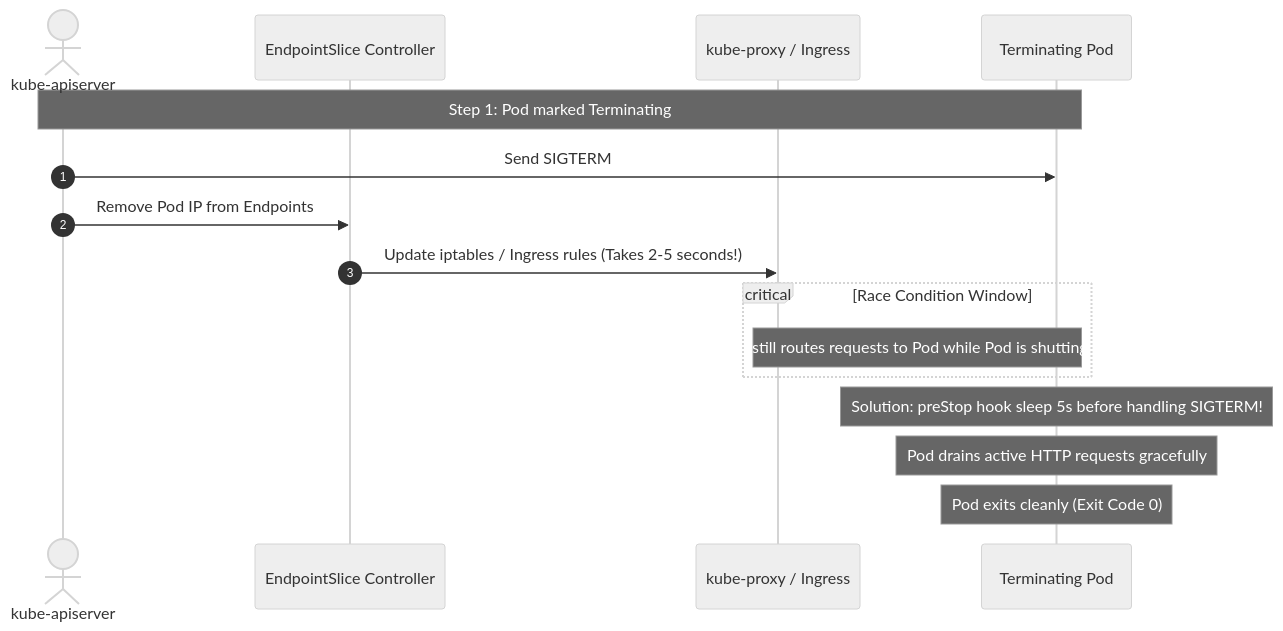
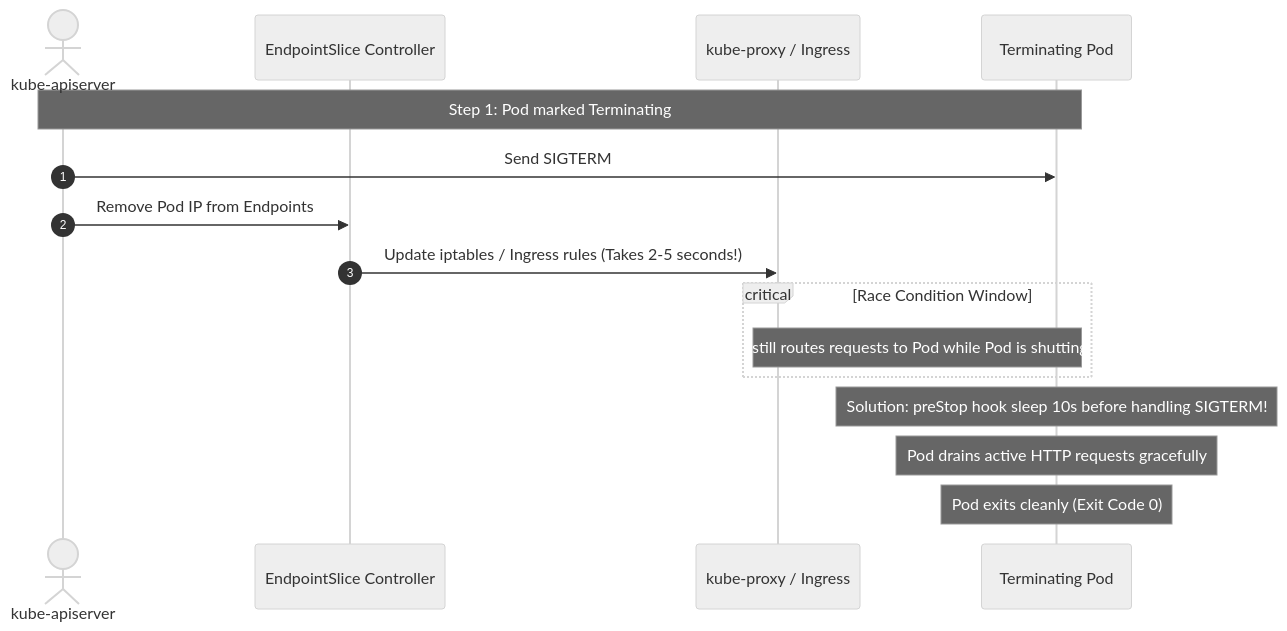
The third of 3 diagrams in 02-Kubernetes/05-Interview-Questions-and-Production-Scenarios.md (PandeyKishan/Study-Notes), drawn with Mermaid (neutral theme) before and after one commit. The commit also changed other lines of this file and 38 other files, not shown here.

````diff
--- a/02-Kubernetes/05-Interview-Questions-and-Production-Scenarios.md
+++ b/02-Kubernetes/05-Interview-Questions-and-Production-Scenarios.md
@@ -33,21 +73,21 @@
 ```mermaid
 sequenceDiagram
     autonumber
     actor API as kube-apiserver
     participant Endpoints as EndpointSlice Controller
     participant Proxy as kube-proxy / Ingress
     participant Pod as Terminating Pod
 
     Note over API,Pod: Step 1: Pod marked Terminating
     API->>Pod: Send SIGTERM
     API->>Endpoints: Remove Pod IP from Endpoints
     Endpoints->>Proxy: Update iptables / Ingress rules (Takes 2-5 seconds!)
     
     critical Race Condition Window
         Note over Proxy,Pod: Ingress still routes requests to Pod while Pod is shutting down!
     end
 
-    Note over Pod: Solution: preStop hook sleep 5s before handling SIGTERM!
+    Note over Pod: Solution: preStop hook sleep 10s before handling SIGTERM!
     Note over Pod: Pod drains active HTTP requests gracefully
     Note over Pod: Pod exits cleanly (Exit Code 0)
 ```
````
